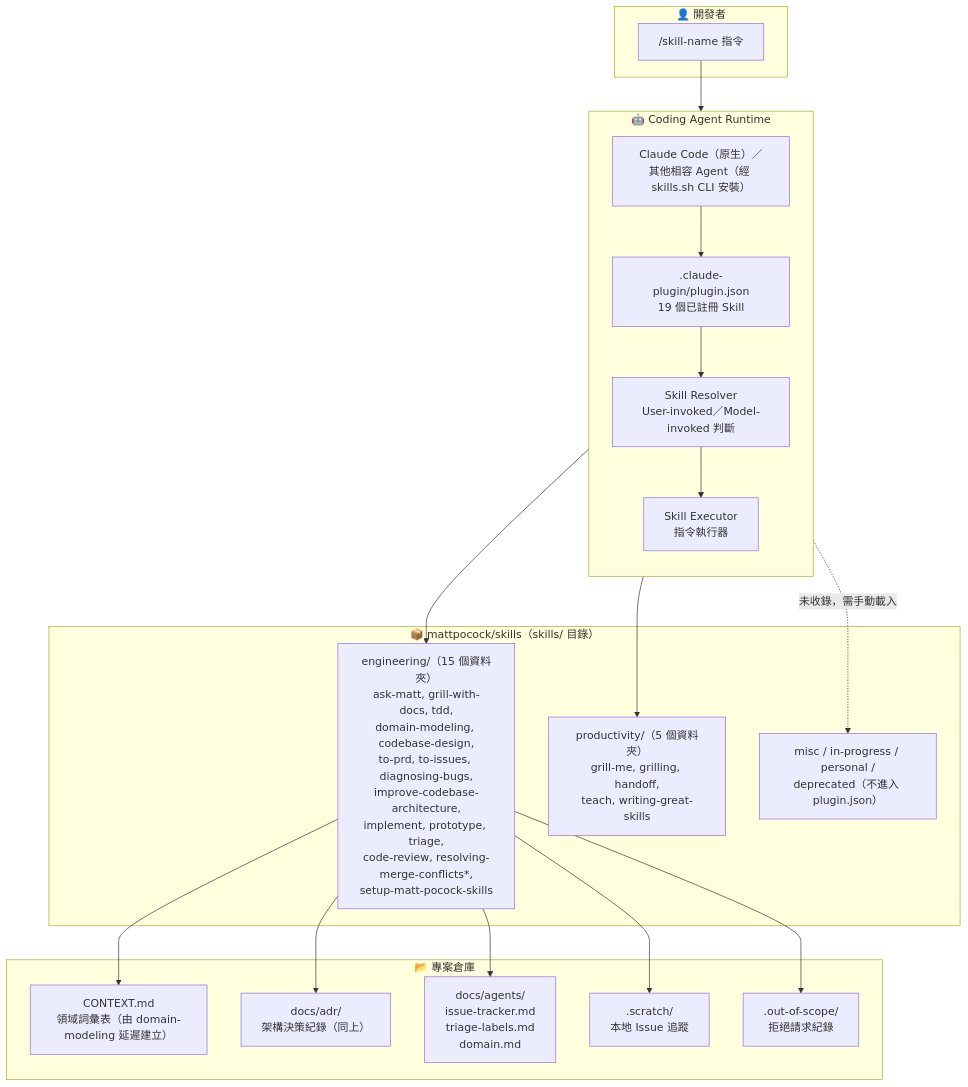
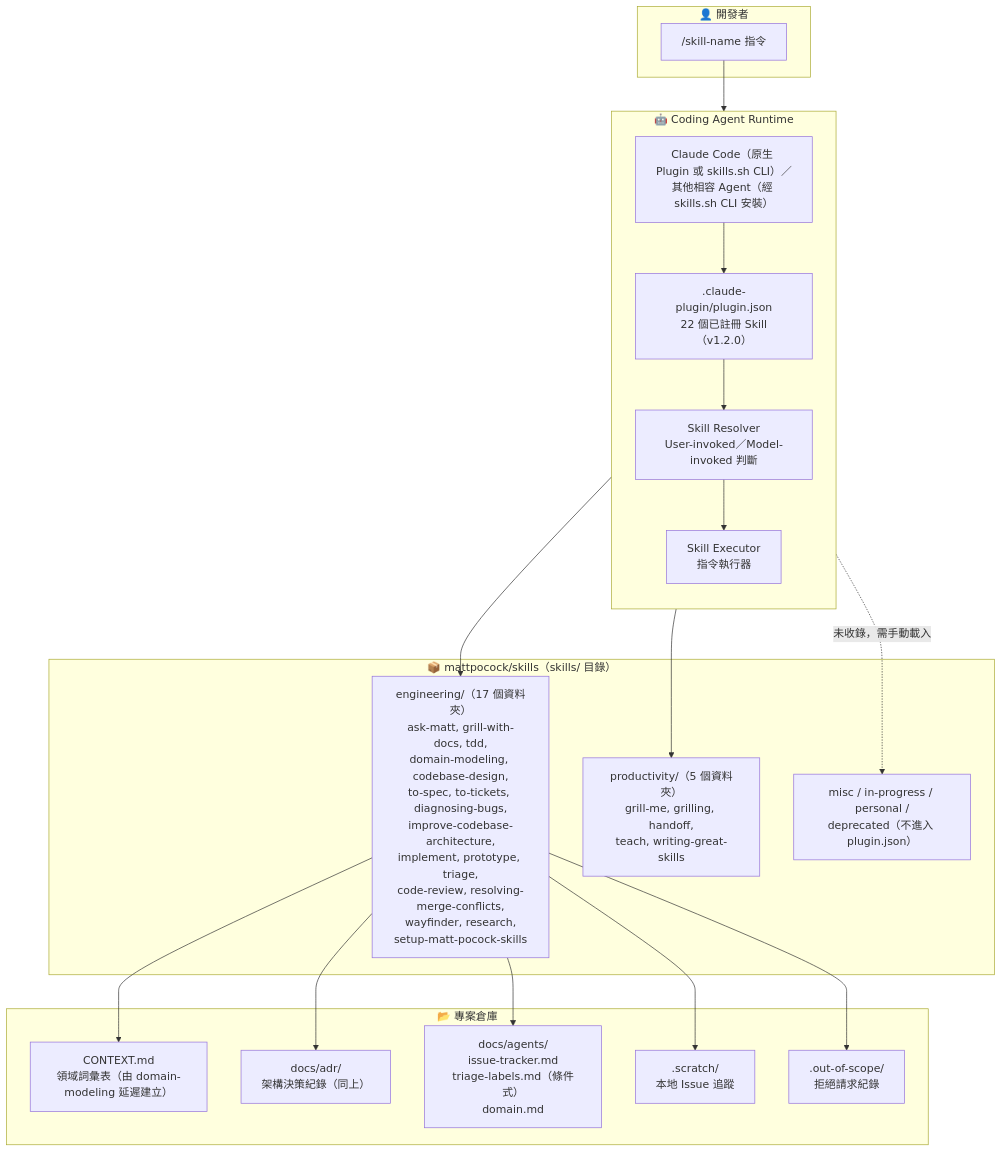
Before and after one commit to chihhung/Blog: the first of 15 diagrams in content/posts/教學/AI開發/mattpocock skills 教學手冊.md, drawn with Mermaid. The commit also changed other lines of this file, not shown here.

````diff
--- a/content/posts/教學/AI開發/mattpocock skills 教學手冊.md
+++ b/content/posts/教學/AI開發/mattpocock skills 教學手冊.md
@@ -251,41 +282,41 @@
 ```mermaid
 graph TB
     subgraph Developer["👤 開發者"]
         CMD["/skill-name 指令"]
     end
 
     subgraph AgentRuntime["🤖 Coding Agent Runtime"]
         direction TB
-        AGENTS["Claude Code（原生）／<br/>其他相容 Agent（經 skills.sh CLI 安裝）"]
-        PLUGIN[".claude-plugin/plugin.json<br/>19 個已註冊 Skill"]
+        AGENTS["Claude Code（原生 Plugin 或 skills.sh CLI）／<br/>其他相容 Agent（經 skills.sh CLI 安裝）"]
+        PLUGIN[".claude-plugin/plugin.json<br/>22 個已註冊 Skill（v1.2.0）"]
         RESOLVER["Skill Resolver<br/>User-invoked／Model-invoked 判斷"]
         EXECUTOR["Skill Executor<br/>指令執行器"]
     end
 
     subgraph SkillsRepo["📦 mattpocock/skills（skills/ 目錄）"]
-        ENG["engineering/（15 個資料夾）<br/>ask-matt, grill-with-docs, tdd,<br/>domain-modeling, codebase-design,<br/>to-prd, to-issues, diagnosing-bugs,<br/>improve-codebase-architecture,<br/>implement, prototype, triage,<br/>code-review, resolving-merge-conflicts*,<br/>setup-matt-pocock-skills"]
+        ENG["engineering/（17 個資料夾）<br/>ask-matt, grill-with-docs, tdd,<br/>domain-modeling, codebase-design,<br/>to-spec, to-tickets, diagnosing-bugs,<br/>improve-codebase-architecture,<br/>implement, prototype, triage,<br/>code-review, resolving-merge-conflicts,<br/>wayfinder, research,<br/>setup-matt-pocock-skills"]
         PROD["productivity/（5 個資料夾）<br/>grill-me, grilling, handoff,<br/>teach, writing-great-skills"]
         OTHER["misc / in-progress / personal /<br/>deprecated（不進入 plugin.json）"]
     end
 
     subgraph RepoContext["📂 專案倉庫"]
         CONTEXT["CONTEXT.md<br/>領域詞彙表（由 domain-modeling 延遲建立）"]
         ADR["docs/adr/<br/>架構決策紀錄（同上）"]
-        AGENTDOCS["docs/agents/<br/>issue-tracker.md<br/>triage-labels.md<br/>domain.md"]
+        AGENTDOCS["docs/agents/<br/>issue-tracker.md<br/>triage-labels.md（條件式）<br/>domain.md"]
         SCRATCH[".scratch/<br/>本地 Issue 追蹤"]
         OUTSCOPE[".out-of-scope/<br/>拒絕請求紀錄"]
     end
 
     CMD --> RESOLVER
     AGENTS --> PLUGIN
     PLUGIN --> RESOLVER
     RESOLVER --> EXECUTOR
     EXECUTOR --> ENG
     EXECUTOR --> PROD
     EXECUTOR -.未收錄，需手動載入.-> OTHER
     ENG --> CONTEXT
     ENG --> ADR
     ENG --> AGENTDOCS
     ENG --> SCRATCH
     ENG --> OUTSCOPE
 ```
````
